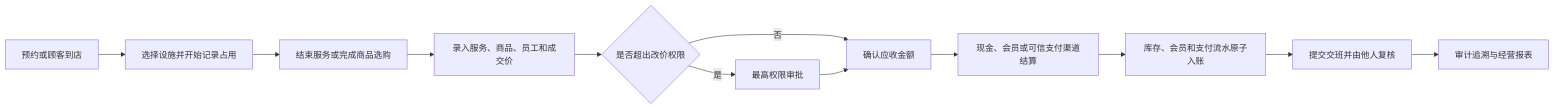
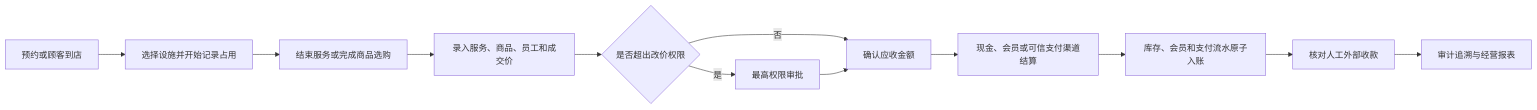
The first of 2 diagrams in README.md (JesstLe/erp), drawn with Mermaid before and after one commit. The commit also changed other lines of this file and 41 other files, not shown here.

````diff
--- a/README.md
+++ b/README.md
@@ -109,14 +109,14 @@
 ```mermaid
 flowchart LR
     A["预约或顾客到店"] --> B["选择设施并开始记录占用"]
     B --> C["结束服务或完成商品选购"]
     C --> D["录入服务、商品、员工和成交价"]
     D --> E{"是否超出改价权限"}
     E -- 是 --> F["最高权限审批"]
     E -- 否 --> G["确认应收金额"]
     F --> G
     G --> H["现金、会员或可信支付渠道结算"]
     H --> I["库存、会员和支付流水原子入账"]
-    I --> J["提交交班并由他人复核"]
+    I --> J["核对人工外部收款"]
     J --> K["审计追溯与经营报表"]
 ```
````
